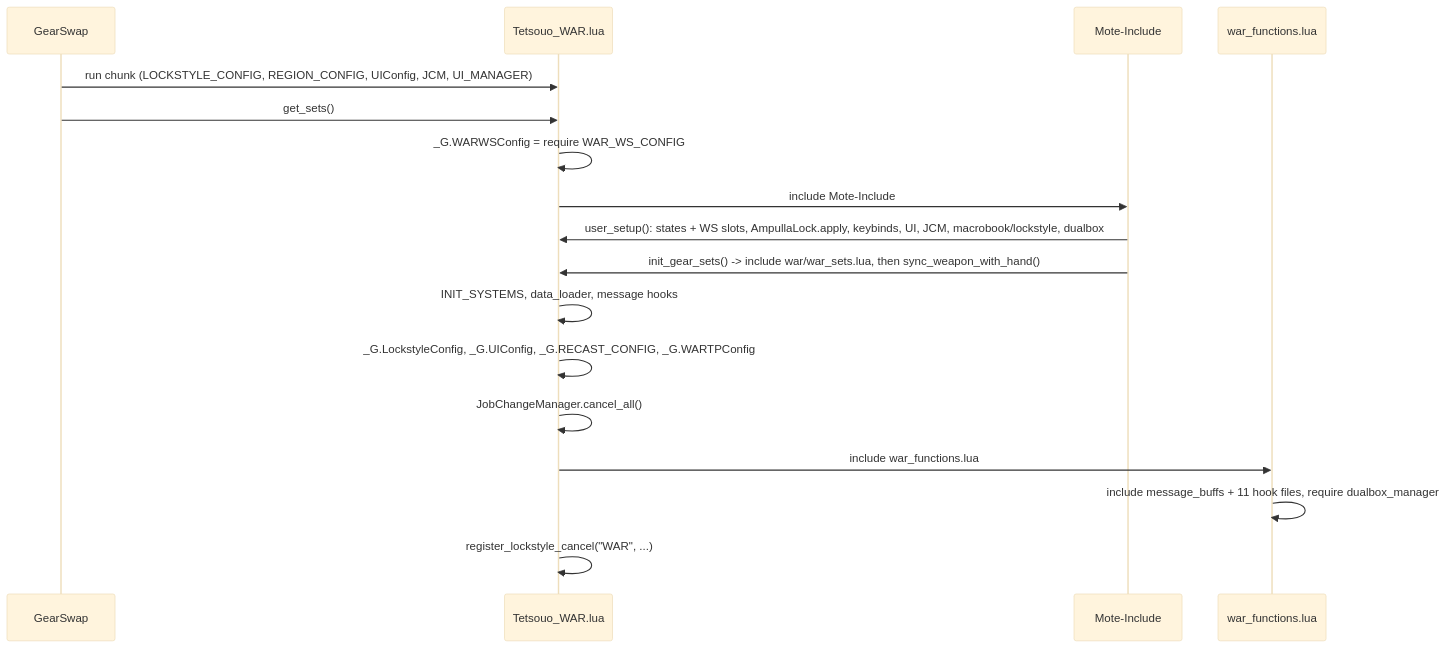
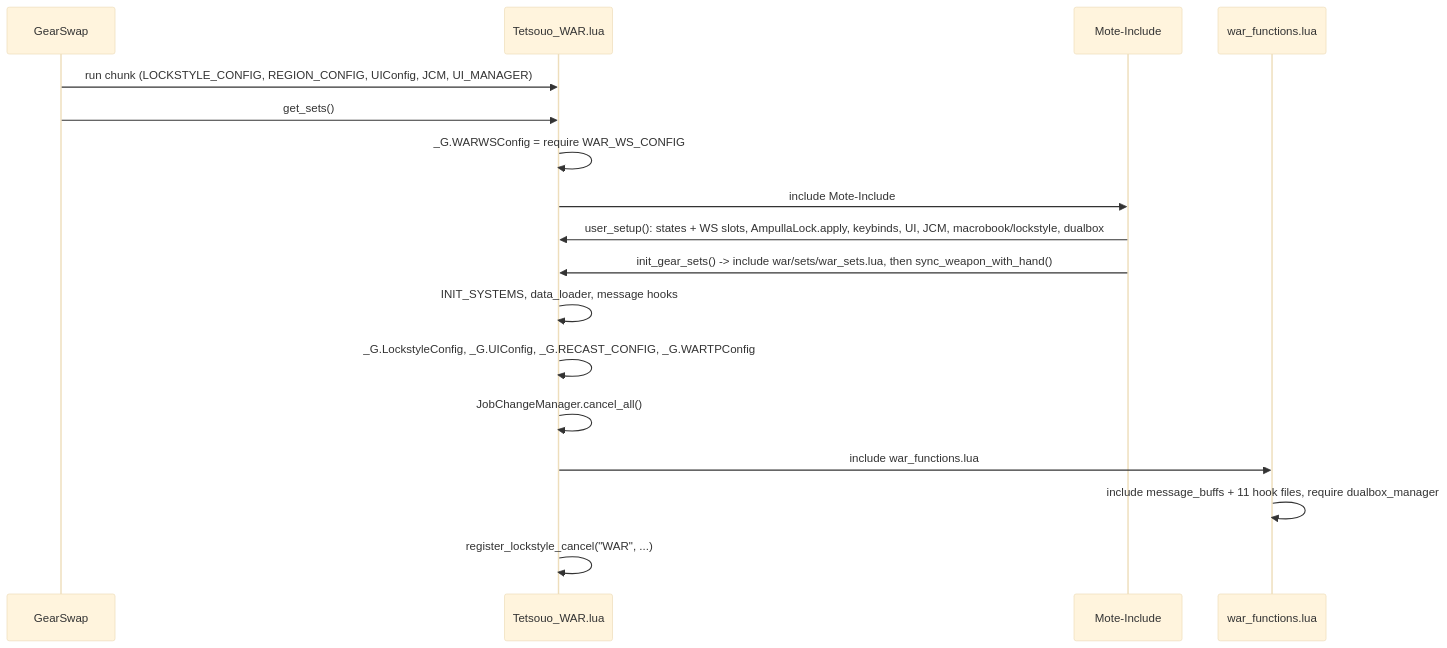
Before and after one commit to ejouanchicot/Gearswap: the first of 2 diagrams in docs/dev/jobs/war.md, drawn with Mermaid (base theme). The commit also changed other lines of this file and 32 other files, not shown here.

First line of the commit message:
feat(layout): gear in a sets/ folder, apart from the settings

````diff
--- a/docs/dev/jobs/war.md
+++ b/docs/dev/jobs/war.md
@@ -97,19 +97,19 @@
 ```mermaid
 sequenceDiagram
     participant GS as GearSwap
     participant E as Tetsouo_WAR.lua
     participant M as Mote-Include
     participant F as war_functions.lua
     GS->>E: run chunk (LOCKSTYLE_CONFIG, REGION_CONFIG, UIConfig, JCM, UI_MANAGER)
     GS->>E: get_sets()
     E->>E: _G.WARWSConfig = require WAR_WS_CONFIG
     E->>M: include Mote-Include
     M->>E: user_setup(): states + WS slots, AmpullaLock.apply, keybinds, UI, JCM, macrobook/lockstyle, dualbox
-    M->>E: init_gear_sets() -> include war/war_sets.lua, then sync_weapon_with_hand()
+    M->>E: init_gear_sets() -> include war/sets/war_sets.lua, then sync_weapon_with_hand()
     E->>E: INIT_SYSTEMS, data_loader, message hooks
     E->>E: _G.LockstyleConfig, _G.UIConfig, _G.RECAST_CONFIG, _G.WARTPConfig
     E->>E: JobChangeManager.cancel_all()
     E->>F: include war_functions.lua
     F->>F: include message_buffs + 11 hook files, require dualbox_manager
     E->>E: register_lockstyle_cancel("WAR", ...)
 ```
````
